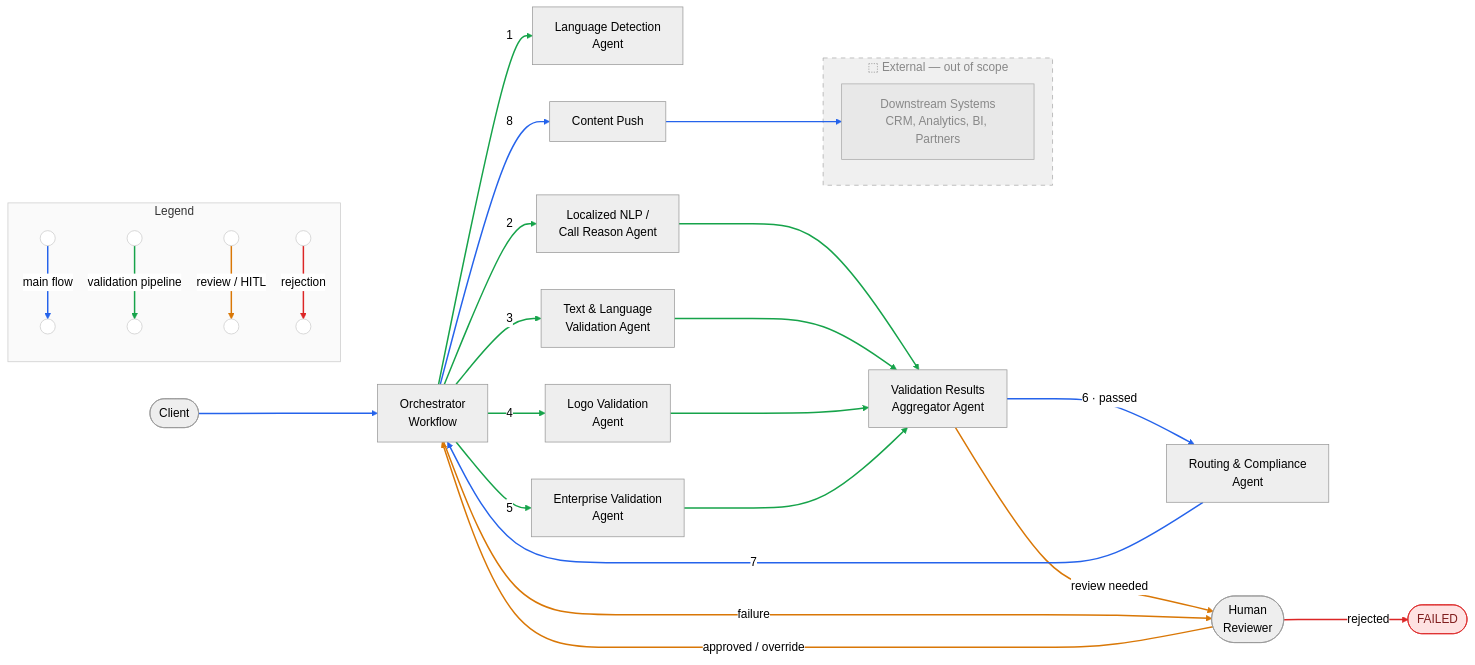
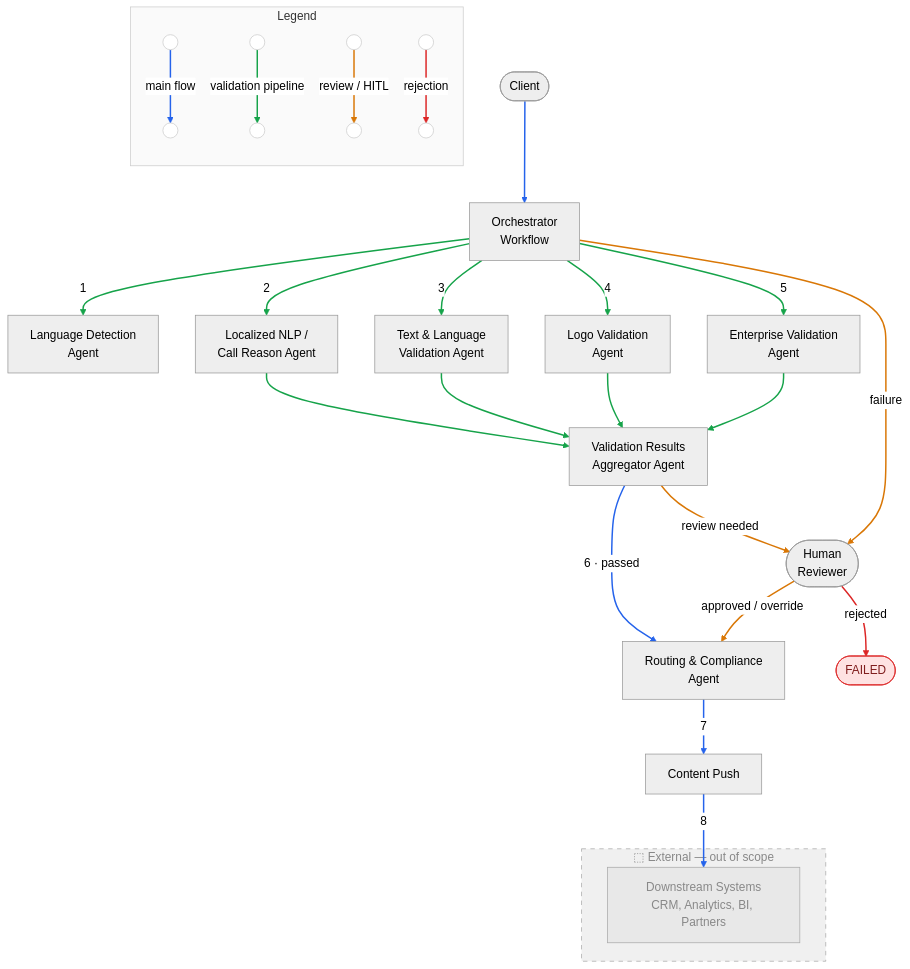
Before and after one commit to aklikic/content-validation: the first of 3 diagrams in docs/SPEC.md, drawn with Mermaid (neutral theme). The commit also changed other lines of this file, not shown here.

Commit message:
rearrange the push step in the architecture diagram

````diff
--- a/docs/SPEC.md
+++ b/docs/SPEC.md
@@ -7,74 +7,73 @@
 ```mermaid
-flowchart LR
+flowchart TD
     CLIENT([Client])
     OW[Orchestrator\nWorkflow]
 
     LD[Language Detection\nAgent]
     LNP[Localized NLP /\nCall Reason Agent]
     TLV[Text & Language\nValidation Agent]
     LVA[Logo Validation\nAgent]
     EVA[Enterprise Validation\nAgent]
 
     AGG[Validation Results\nAggregator Agent]
     RCA[Routing & Compliance\nAgent]
     PUSH[Content Push]
     HR([Human\nReviewer])
 
     subgraph ext ["⬚ External — out of scope"]
         DS[Downstream Systems\nCRM, Analytics, BI, Partners]
     end
 
     CLIENT --> OW
     OW -- "1" --> LD
     OW -- "2" --> LNP
     OW -- "3" --> TLV
     OW -- "4" --> LVA
     OW -- "5" --> EVA
     LNP --> AGG
     TLV --> AGG
     LVA --> AGG
     EVA --> AGG
     AGG -- "6 · passed" --> RCA
     AGG -- "review needed" --> HR
     OW -- "failure" --> HR
-    HR -- "approved / override" --> OW
+    HR -- "approved / override" --> RCA
     HR -- "rejected" --> FAILED([FAILED])
-    RCA -- "7" --> OW
-    OW -- "8" --> PUSH --> DS
+    RCA -- "7" --> PUSH -- "8" --> DS
 
     subgraph legend [Legend]
         direction TB
         L1(("·")) -- "main flow" --> L2(("·"))
         L3(("·")) -- "validation pipeline" --> L4(("·"))
         L5(("·")) -- "review / HITL" --> L6(("·"))
         L7(("·")) -- "rejection" --> L8(("·"))
     end
 
     %% main flow — blue
-    linkStyle 0,10,15,16,17 stroke:#2563eb,stroke-width:2px
+    linkStyle 0,10,15,16 stroke:#2563eb,stroke-width:2px
     %% validation pipeline — green
     linkStyle 1,2,3,4,5,6,7,8,9 stroke:#16a34a,stroke-width:2px
     %% review / HITL — amber
     linkStyle 11,12,13 stroke:#d97706,stroke-width:2px
     %% rejection — red
     linkStyle 14 stroke:#dc2626,stroke-width:2px
     %% legend links
-    linkStyle 18 stroke:#2563eb,stroke-width:2px
-    linkStyle 19 stroke:#16a34a,stroke-width:2px
-    linkStyle 20 stroke:#d97706,stroke-width:2px
-    linkStyle 21 stroke:#dc2626,stroke-width:2px
+    linkStyle 17 stroke:#2563eb,stroke-width:2px
+    linkStyle 18 stroke:#16a34a,stroke-width:2px
+    linkStyle 19 stroke:#d97706,stroke-width:2px
+    linkStyle 20 stroke:#dc2626,stroke-width:2px
 
     style L1 fill:#fff,stroke:#ccc,color:#fff
     style L2 fill:#fff,stroke:#ccc,color:#fff
     style L3 fill:#fff,stroke:#ccc,color:#fff
     style L4 fill:#fff,stroke:#ccc,color:#fff
     style L5 fill:#fff,stroke:#ccc,color:#fff
     style L6 fill:#fff,stroke:#ccc,color:#fff
     style L7 fill:#fff,stroke:#ccc,color:#fff
     style L8 fill:#fff,stroke:#ccc,color:#fff
     style legend fill:#fafafa,stroke:#ccc
 
     style ext fill:#f0f0f0,stroke:#aaa,stroke-dasharray:6,color:#888
     style DS fill:#e8e8e8,stroke:#aaa,color:#888
     style FAILED fill:#fee2e2,stroke:#dc2626,color:#7f1d1d
 ```
````
